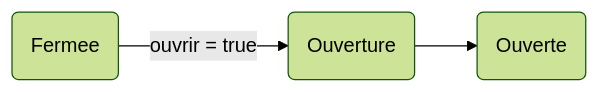
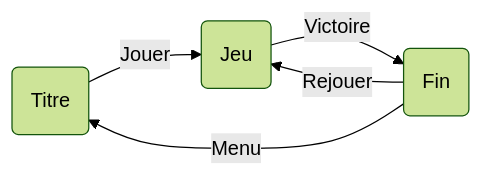
The diagram in docs/582-301-interactivite-ludique/cours09.md (tim-montmorency/compendium), drawn with Mermaid (forest theme) before and after one commit. The commit also changed other lines of this file and 72 other files, not shown here.

````diff
--- a/docs/582-301-interactivite-ludique/cours09.md
+++ b/docs/582-301-interactivite-ludique/cours09.md
@@ -61,5 +78,7 @@
 ```mermaid
 graph LR
-    A(Fermee) -->|"ouvrir = true"| B(Ouverture)
-    B --> C(Ouverte)
+    A(Titre) -->|Jouer| B(Jeu)
+    B -->|Victoire| C(Fin)
+    C -->|Rejouer| B
+    C -->|Menu| A
 ```
````
